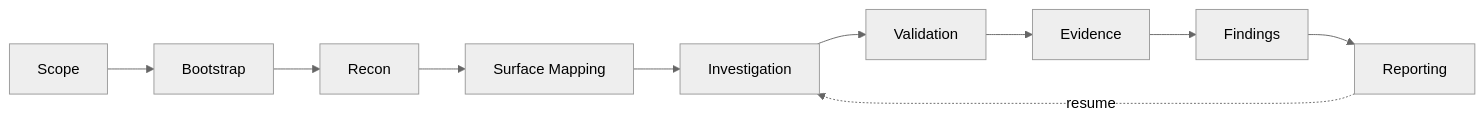
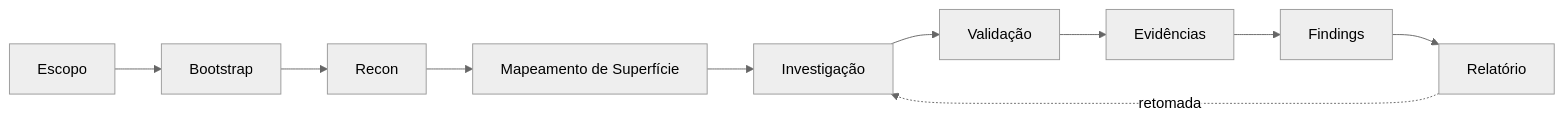
Before and after one commit to Pettigrul/SYNAPSE: the third of 3 diagrams in README.md, drawn with Mermaid (neutral theme). The commit also changed other lines of this file, not shown here.

````diff
--- a/README.md
+++ b/README.md
@@ -446,7 +446,7 @@
 ```mermaid
 flowchart LR
-  S["Scope"] --> B["Bootstrap"] --> R["Recon"] --> M["Surface Mapping"]
-  M --> I["Investigation"] --> V["Validation"] --> E["Evidence"]
-  E --> F["Findings"] --> RP["Reporting"]
-  RP -.resume.-> I
+  S["Escopo"] --> B["Bootstrap"] --> R["Recon"] --> M["Mapeamento de Superfície"]
+  M --> I["Investigação"] --> V["Validação"] --> E["Evidências"]
+  E --> F["Findings"] --> RP["Relatório"]
+  RP -.retomada.-> I
 ```
````
